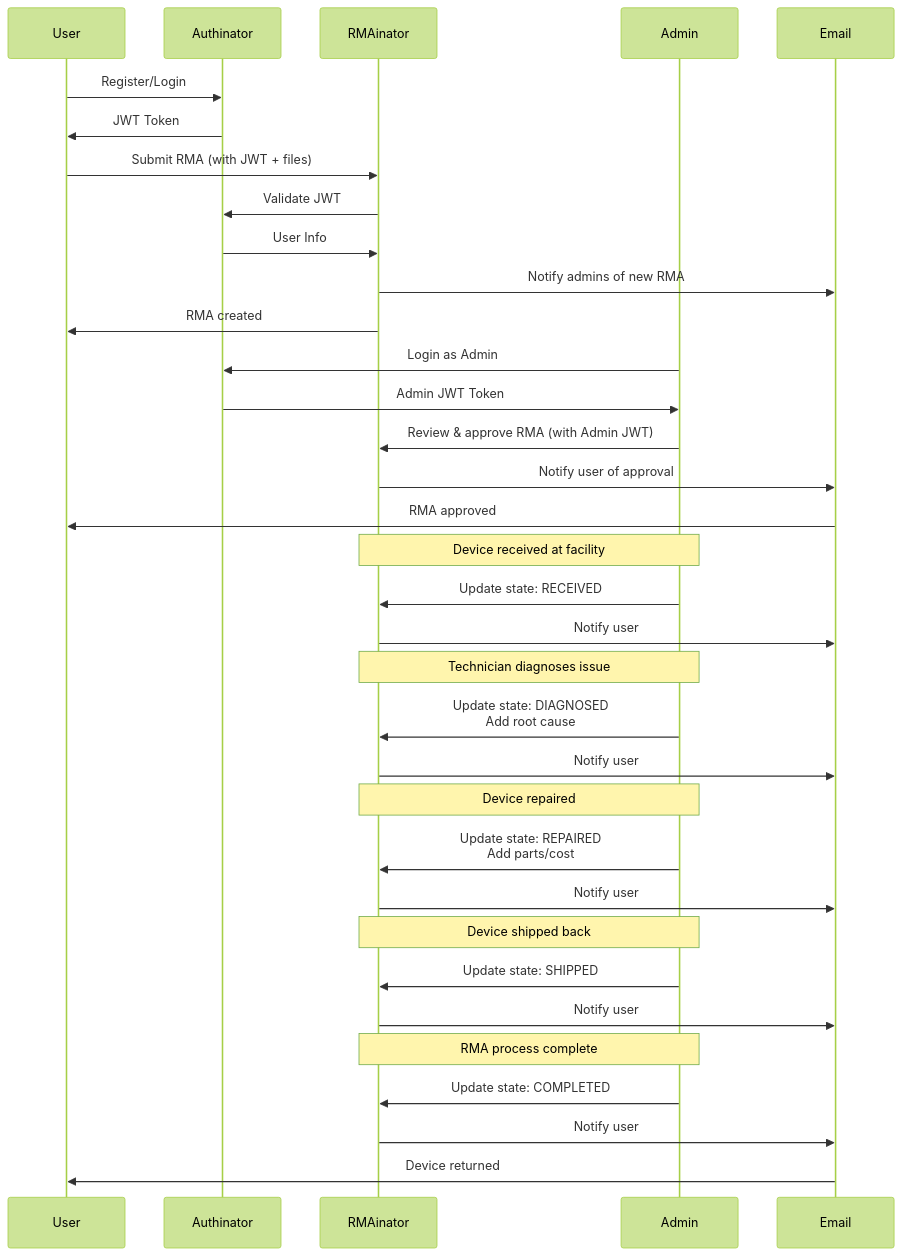
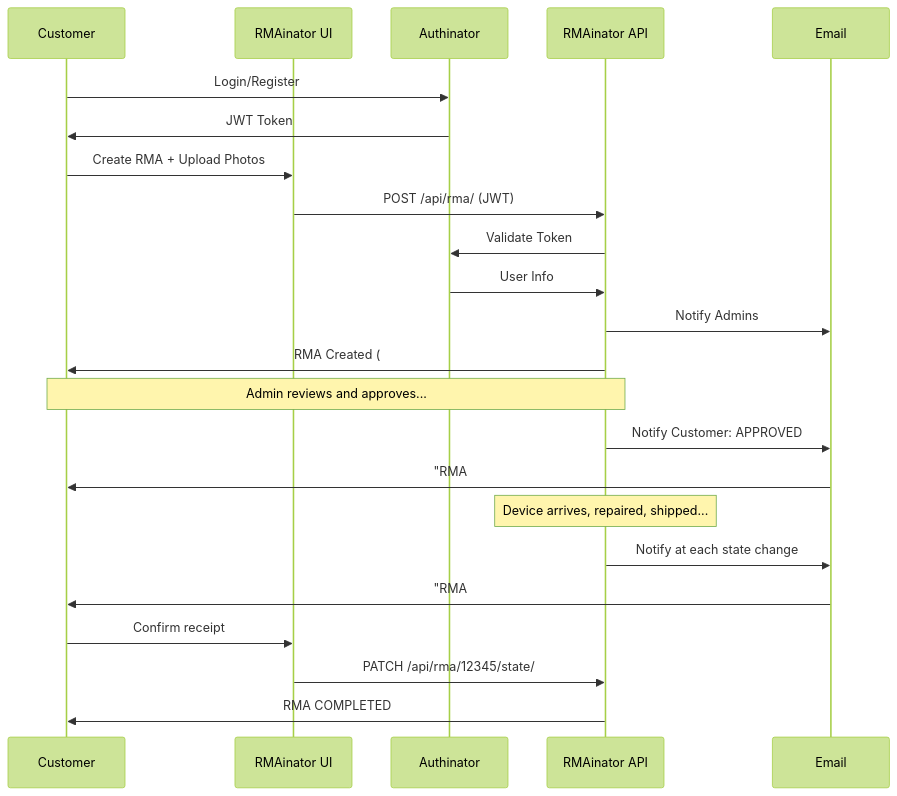
The third of 4 diagrams in README.md (losomode/RMAinator), drawn with Mermaid (forest theme) before and after one commit. The commit also changed other lines of this file, not shown here.

````diff
--- a/README.md
+++ b/README.md
@@ -123,44 +193,32 @@
 ```mermaid
 sequenceDiagram
-    participant User
-    participant Authinator
-    participant RMAinator
-    participant Admin
-    participant Email
+    participant C as Customer
+    participant UI as RMAinator UI
+    participant AUTH as Authinator
+    participant API as RMAinator API
+    participant EMAIL as Email
     
-    User->>Authinator: Register/Login
-    Authinator->>User: JWT Token
+    C->>AUTH: Login/Register
+    AUTH->>C: JWT Token
     
-    User->>RMAinator: Submit RMA (with JWT + files)
-    RMAinator->>Authinator: Validate JWT
-    Authinator->>RMAinator: User Info
-    RMAinator->>Email: Notify admins of new RMA
-    RMAinator->>User: RMA created
+    C->>UI: Create RMA + Upload Photos
+    UI->>API: POST /api/rma/ (JWT)
+    API->>AUTH: Validate Token
+    AUTH->>API: User Info
+    API->>EMAIL: Notify Admins
+    API->>C: RMA Created (#12345)
     
-    Admin->>Authinator: Login as Admin
-    Authinator->>Admin: Admin JWT Token
-    Admin->>RMAinator: Review & approve RMA (with Admin JWT)
-    RMAinator->>Email: Notify user of approval
-    Email->>User: RMA approved
+    Note over C,API: Admin reviews and approves...
     
-    Note over Admin,RMAinator: Device received at facility
-    Admin->>RMAinator: Update state: RECEIVED
-    RMAinator->>Email: Notify user
+    API->>EMAIL: Notify Customer: APPROVED
+    EMAIL->>C: "RMA #12345 Approved"
     
-    Note over Admin,RMAinator: Technician diagnoses issue
-    Admin->>RMAinator: Update state: DIAGNOSED<br/>Add root cause
-    RMAinator->>Email: Notify user
+    Note over API: Device arrives, repaired, shipped...
     
-    Note over Admin,RMAinator: Device repaired
-    Admin->>RMAinator: Update state: REPAIRED<br/>Add parts/cost
-    RMAinator->>Email: Notify user
+    API->>EMAIL: Notify at each state change
+    EMAIL->>C: "RMA #12345 is SHIPPED"
     
-    Note over Admin,RMAinator: Device shipped back
-    Admin->>RMAinator: Update state: SHIPPED
-    RMAinator->>Email: Notify user
-    
-    Note over Admin,RMAinator: RMA process complete
-    Admin->>RMAinator: Update state: COMPLETED
-    RMAinator->>Email: Notify user
-    Email->>User: Device returned
+    C->>UI: Confirm receipt
+    UI->>API: PATCH /api/rma/12345/state/
+    API->>C: RMA COMPLETED
 ```
````
